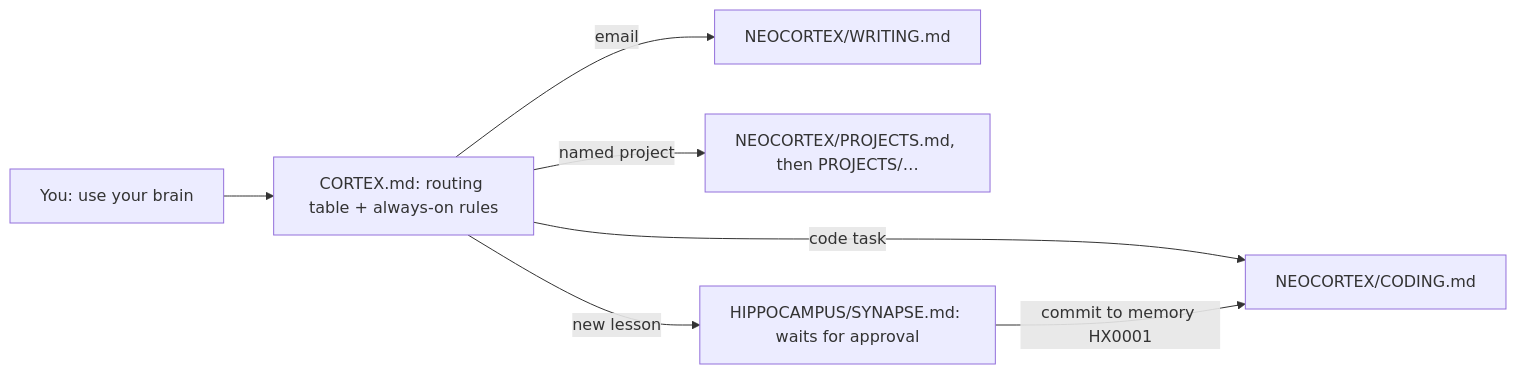
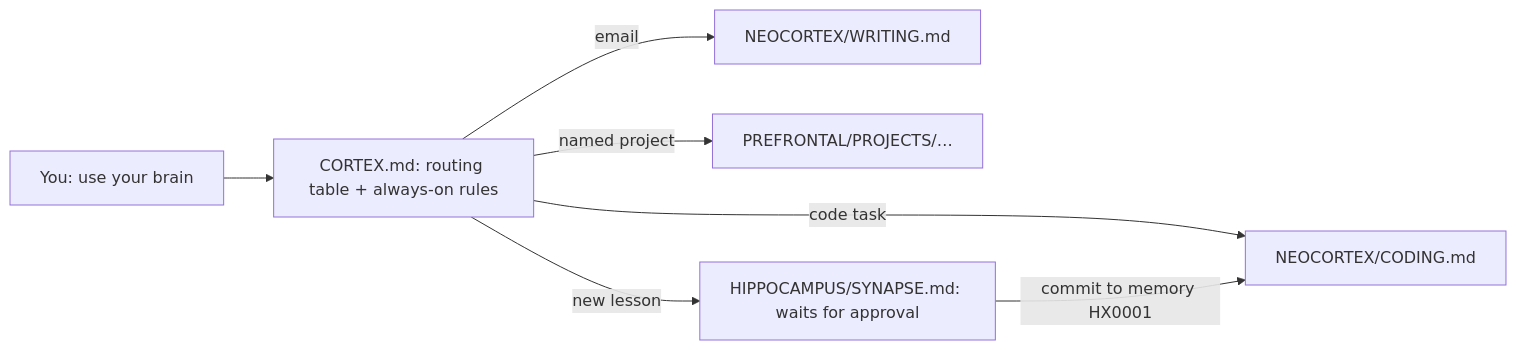
One commit to jimmydagher/claude-brain changed the diagram in README.md. Above: the diagram before and after it, drawn with Mermaid. The commit also changed other lines of this file and 13 other files, not shown here.

````diff
--- a/README.md
+++ b/README.md
@@ -11,9 +11,9 @@
 ```mermaid
 flowchart LR
     A["You: use your brain"] --> B["CORTEX.md: routing table + always-on rules"]
     B -->|code task| C["NEOCORTEX/CODING.md"]
     B -->|email| D["NEOCORTEX/WRITING.md"]
-    B -->|named project| E["NEOCORTEX/PROJECTS.md, then PROJECTS/…"]
+    B -->|named project| E["PREFRONTAL/PROJECTS/…"]
     B -->|new lesson| S["HIPPOCAMPUS/SYNAPSE.md: waits for approval"]
     S -->|commit to memory HX0001| C
 ```
````
